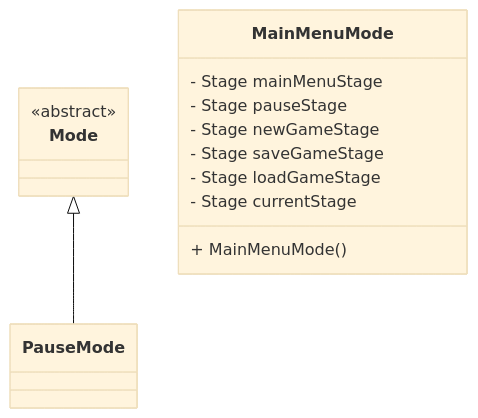
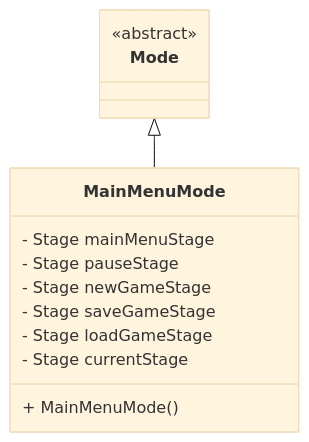
One commit to StrangeClone/GreatGame changed diagram 36 of 36 in class_design/Version_0_1.md. Above: the diagram before and after it, drawn with Mermaid (base theme). The commit also changed 8 other files, not shown here.

Commit message:
Version 0.1.20 - Added Main Menu

````diff
--- a/class_design/Version_0_1.md
+++ b/class_design/Version_0_1.md
@@ -1570,16 +1570,16 @@
 ```mermaid
 classDiagram
     class Mode {
         <<abstract>>
     }
     class MainMenuMode {
         - Stage mainMenuStage
         - Stage pauseStage
         - Stage newGameStage
         - Stage saveGameStage
         - Stage loadGameStage
         - Stage currentStage
         + MainMenuMode()
     }
-    Mode <|-- PauseMode
+    Mode <|-- MainMenuMode
 ```
````
